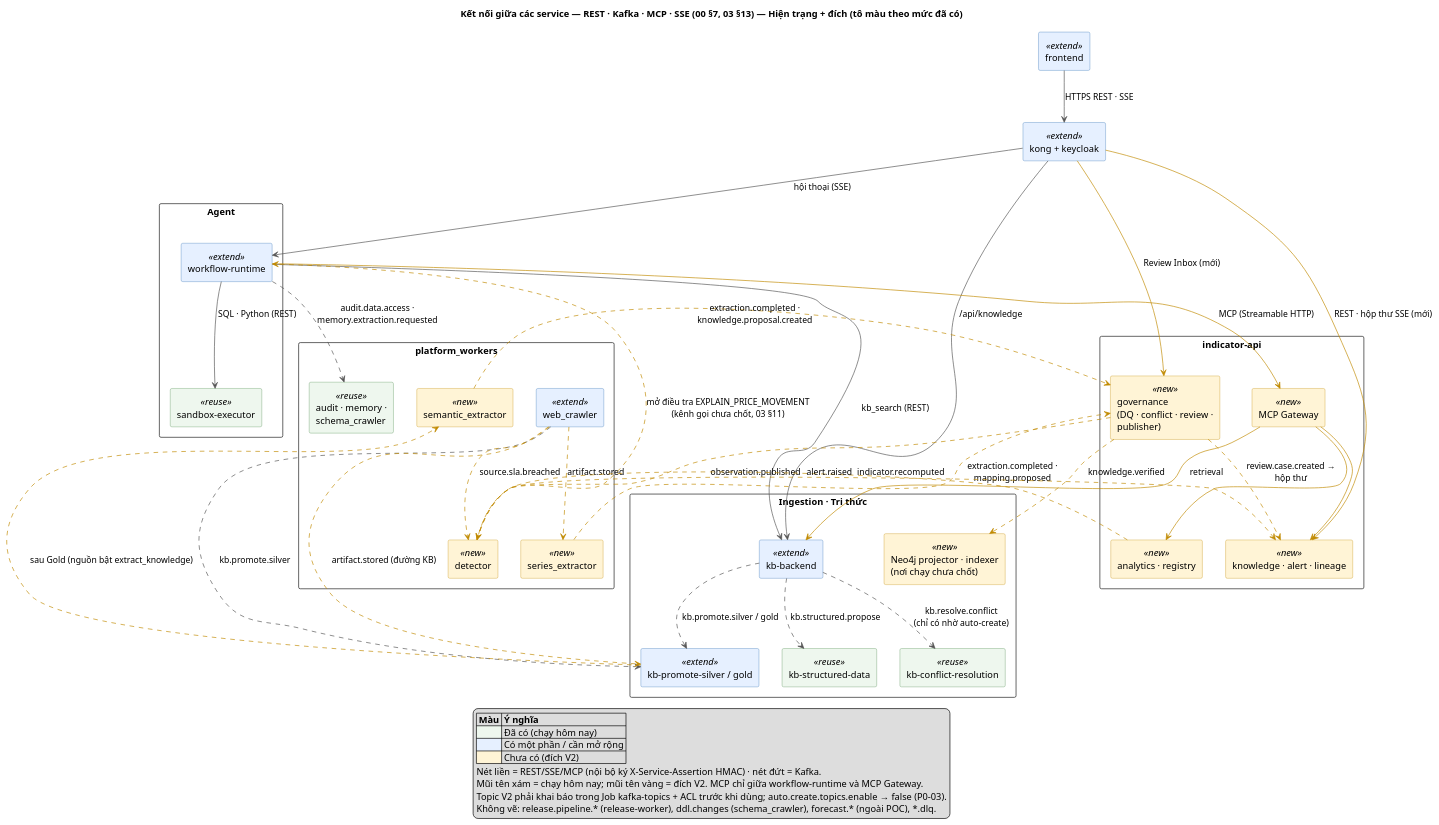
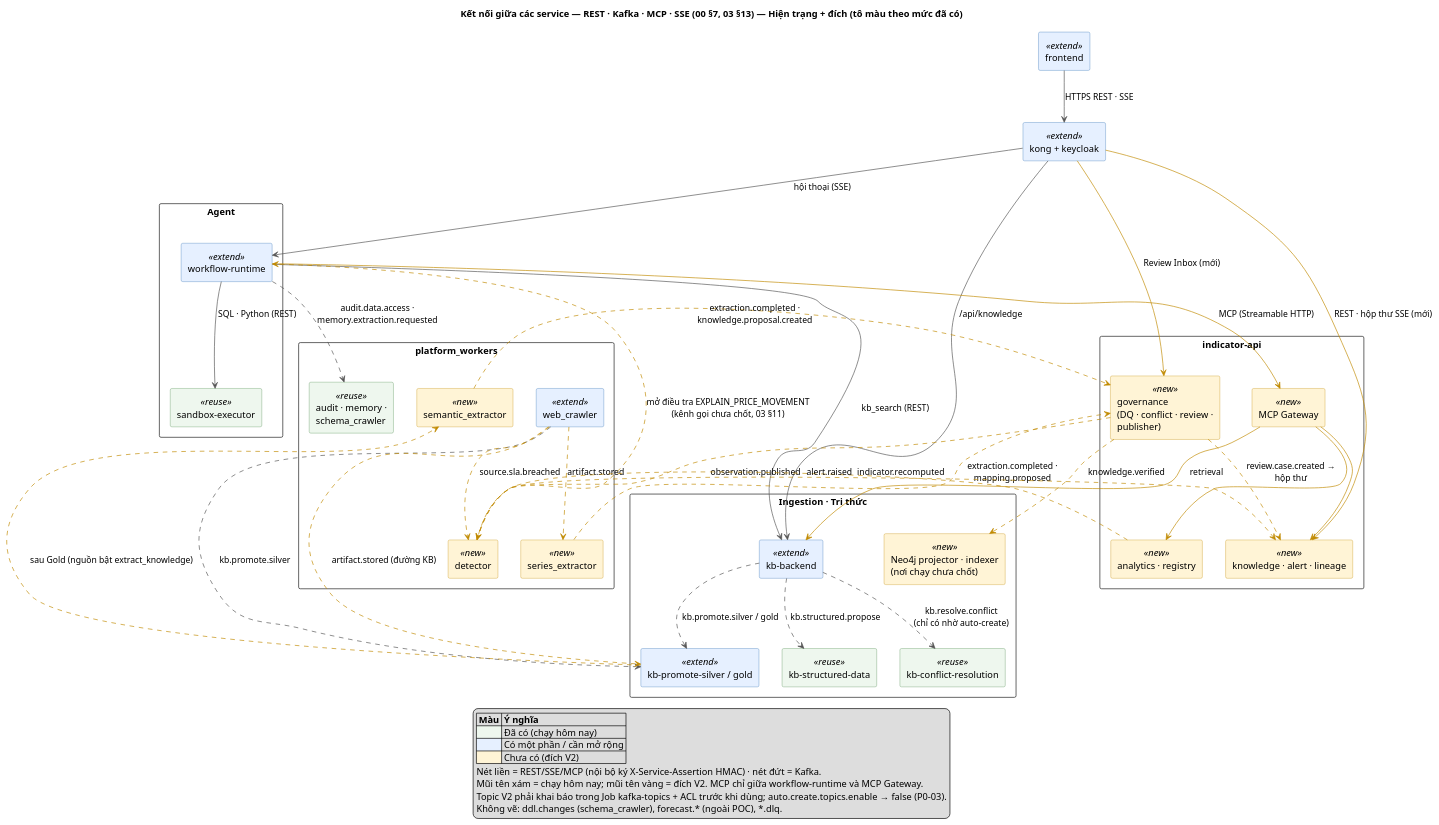
One commit to affkjuhyt/Data-Agent changed the diagram in docs/v2/diagrams/05-service-connections.puml. Above: the diagram before and after it, drawn with PlantUML. The commit also changed 31 other files, not shown here.

First line of the commit message:
docs(v2): redraw diagrams without release-worker, compose and observation.py

```diff
--- a/docs/v2/diagrams/05-service-connections.puml
+++ b/docs/v2/diagrams/05-service-connections.puml
@@ -1,97 +1,97 @@
 @startuml 05-service-connections
 title Kết nối giữa các service — REST · Kafka · MCP · SSE (00 §7, 03 §13) — Hiện trạng + đích (tô màu theo mức đã có)
 skinparam shadowing false
 skinparam defaultFontName "Arial"
 skinparam componentStyle rectangle
 skinparam packageStyle rectangle
 skinparam wrapWidth 200
 skinparam ArrowColor #555555
 skinparam component<<reuse>> {
   BackgroundColor #EEF7EE
   BorderColor #4E8A4E
 }
 skinparam component<<extend>> {
   BackgroundColor #E6F0FF
   BorderColor #2F6FB3
 }
 skinparam component<<new>> {
   BackgroundColor #FFF4D6
   BorderColor #C08A00
 }
 
 component "frontend" <<extend>> as FE
 component "kong + keycloak" <<extend>> as KONG
 
 package "Agent" {
   component "workflow-runtime" <<extend>> as WR
   component "sandbox-executor" <<reuse>> as SBX
 }
 
 package "indicator-api" {
   component "MCP Gateway" <<new>> as MCPG
   component "analytics · registry" <<new>> as ANA
   component "governance\n(DQ · conflict · review · publisher)" <<new>> as GOV
   component "knowledge · alert · lineage" <<new>> as KAL
 }
 
 package "Ingestion · Tri thức" {
   component "kb-backend" <<extend>> as KB
   component "kb-promote-silver / gold" <<extend>> as KBP
   component "kb-structured-data" <<reuse>> as KBS
   component "kb-conflict-resolution" <<reuse>> as KBC
   component "Neo4j projector · indexer\n(nơi chạy chưa chốt)" <<new>> as PROJ
 }
 
 package "platform_workers" {
   component "web_crawler" <<extend>> as WEB
   component "series_extractor" <<new>> as SX
   component "semantic_extractor" <<new>> as SEX
   component "detector" <<new>> as DET
   component "audit · memory · schema_crawler" <<reuse>> as PW
 }
 
 ' REST / SSE
 FE --> KONG : HTTPS REST · SSE
 KONG --> WR : hội thoại (SSE)
 KONG --> KB : /api/knowledge
 KONG -[#C08A00]-> KAL : REST · hộp thư SSE (mới)
 KONG -[#C08A00]-> GOV : Review Inbox (mới)
 WR --> KB : kb_search (REST)
 WR --> SBX : SQL · Python (REST)
 WR -[#C08A00]-> MCPG : MCP (Streamable HTTP)
 MCPG -[#C08A00]-> ANA
 MCPG -[#C08A00]-> KAL
 MCPG -[#C08A00]-> KB : retrieval
 
 ' Kafka — đã có
 WEB ..> KBP : kb.promote.silver
 KB ..> KBP : kb.promote.silver / gold
 KB ..> KBS : kb.structured.propose
 KB ..> KBC : kb.resolve.conflict\n(chỉ có nhờ auto-create)
 WR ..> PW : audit.data.access ·\nmemory.extraction.requested
 
 ' Kafka — đích V2
 WEB .[#C08A00].> SX : artifact.stored
 WEB .[#C08A00].> KBP : artifact.stored (đường KB)
 WEB .[#C08A00].> DET : source.sla.breached
 KBP .[#C08A00].> SEX : sau Gold (nguồn bật extract_knowledge)
 SX .[#C08A00].> GOV : extraction.completed ·\nmapping.proposed
 SEX .[#C08A00].> GOV : extraction.completed ·\nknowledge.proposal.created
 GOV .[#C08A00].> KAL : review.case.created →\nhộp thư
 GOV .[#C08A00].> PROJ : knowledge.verified
 GOV .[#C08A00].> DET : observation.published
 ANA .[#C08A00].> DET : indicator.recomputed
 DET .[#C08A00].> WR : mở điều tra EXPLAIN_PRICE_MOVEMENT\n(kênh gọi chưa chốt, 03 §11)
 DET .[#C08A00].> KAL : alert.raised
 
 legend bottom
   |= Màu |= Ý nghĩa |
   |<#EEF7EE> | Đã có (chạy hôm nay) |
   |<#E6F0FF> | Có một phần / cần mở rộng |
   |<#FFF4D6> | Chưa có (đích V2) |
   Nét liền = REST/SSE/MCP (nội bộ ký X-Service-Assertion HMAC) · nét đứt = Kafka.
   Mũi tên xám = chạy hôm nay; mũi tên vàng = đích V2. MCP chỉ giữa workflow-runtime và MCP Gateway.
   Topic V2 phải khai báo trong Job kafka-topics + ACL trước khi dùng; auto.create.topics.enable → false (P0-03).
-  Không vẽ: release.pipeline.* (release-worker), ddl.changes (schema_crawler), forecast.* (ngoài POC), *.dlq.
+  Không vẽ: ddl.changes (schema_crawler), forecast.* (ngoài POC), *.dlq.
 endlegend
 @enduml
```
